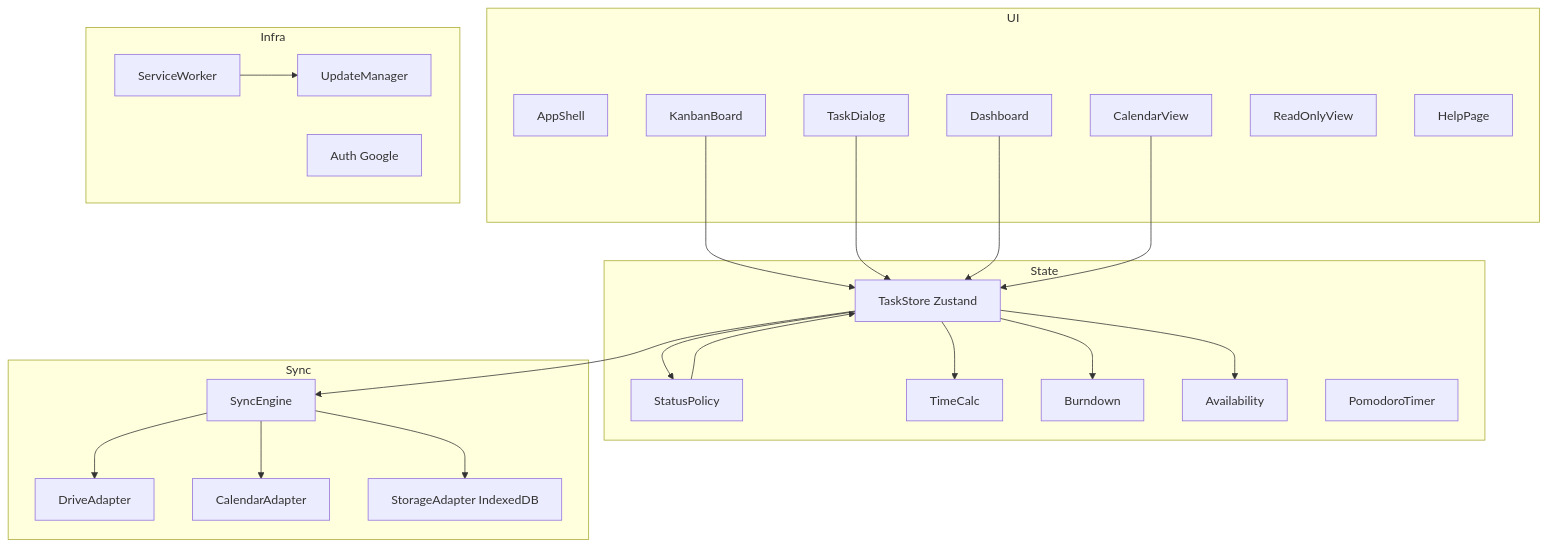
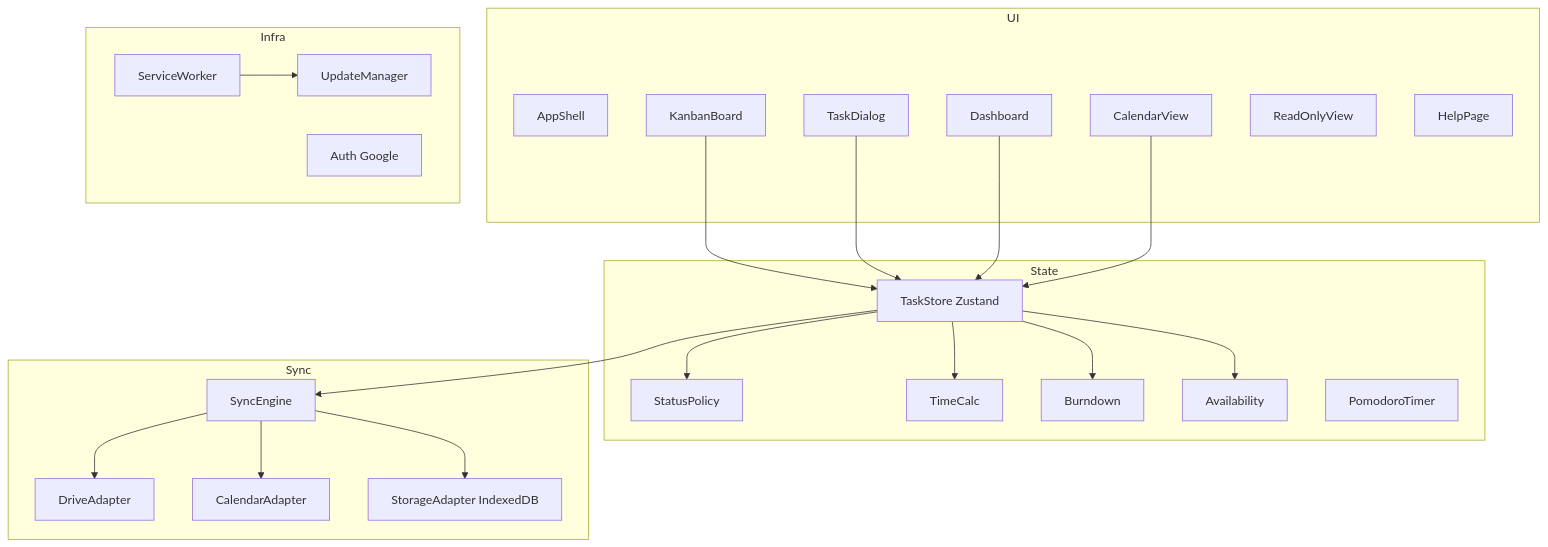
One commit to taturou/study_kanban changed the first of 4 diagrams in .kiro/specs/learning-plan-kanban/design.md. Above: the diagram before and after it, drawn with Mermaid. The commit also changed other lines of this file, not shown here.

Commit message:
docs(specs): StatusPolicy のストア非依存化を反映

````diff
--- a/.kiro/specs/learning-plan-kanban/design.md
+++ b/.kiro/specs/learning-plan-kanban/design.md
@@ -41,45 +41,44 @@
 ```mermaid
 graph TB
   subgraph UI
     AppShell[AppShell]
     KanbanBoard[KanbanBoard]
     TaskDialog[TaskDialog]
     Dashboard[Dashboard]
     CalendarView[CalendarView]
     ReadOnlyView[ReadOnlyView]
     HelpPage[HelpPage]
   end
   subgraph State
     TaskStore[TaskStore Zustand]
     StatusPolicy[StatusPolicy]
     TimeCalc[TimeCalc]
     Burndown[Burndown]
     Availability[Availability]
     Pomodoro[PomodoroTimer]
   end
   subgraph Sync
     SyncEngine[SyncEngine]
     DriveAdapter[DriveAdapter]
     CalendarAdapter[CalendarAdapter]
     StorageAdapter[StorageAdapter IndexedDB]
   end
   subgraph Infra
     ServiceWorker[ServiceWorker]
     UpdateManager[UpdateManager]
     Auth[Auth Google]
   end
   KanbanBoard --> TaskStore
   TaskDialog --> TaskStore
   Dashboard --> TaskStore
-  CalendarView --> TaskStore
-  TaskStore --> StatusPolicy
-  StatusPolicy --> TaskStore
-  TaskStore --> TimeCalc
-  TaskStore --> Burndown
-  TaskStore --> Availability
-  TaskStore --> SyncEngine
+	  CalendarView --> TaskStore
+	  TaskStore --> StatusPolicy
+	  TaskStore --> TimeCalc
+	  TaskStore --> Burndown
+	  TaskStore --> Availability
+	  TaskStore --> SyncEngine
   SyncEngine --> StorageAdapter
   SyncEngine --> DriveAdapter
   SyncEngine --> CalendarAdapter
   ServiceWorker --> UpdateManager
 ```
````
